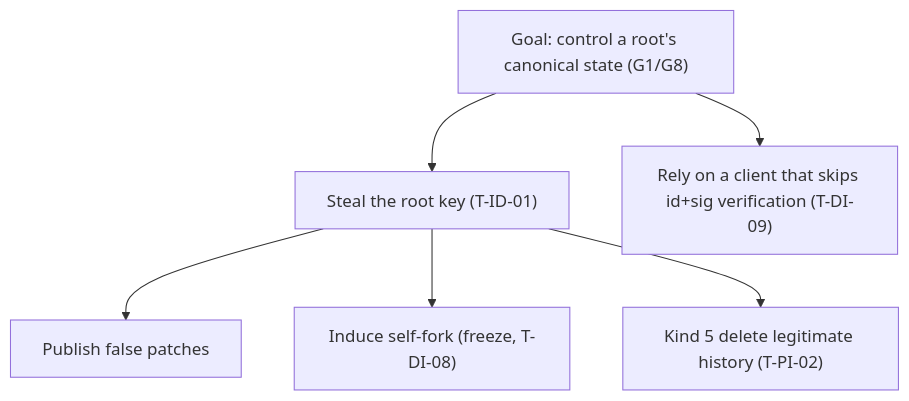
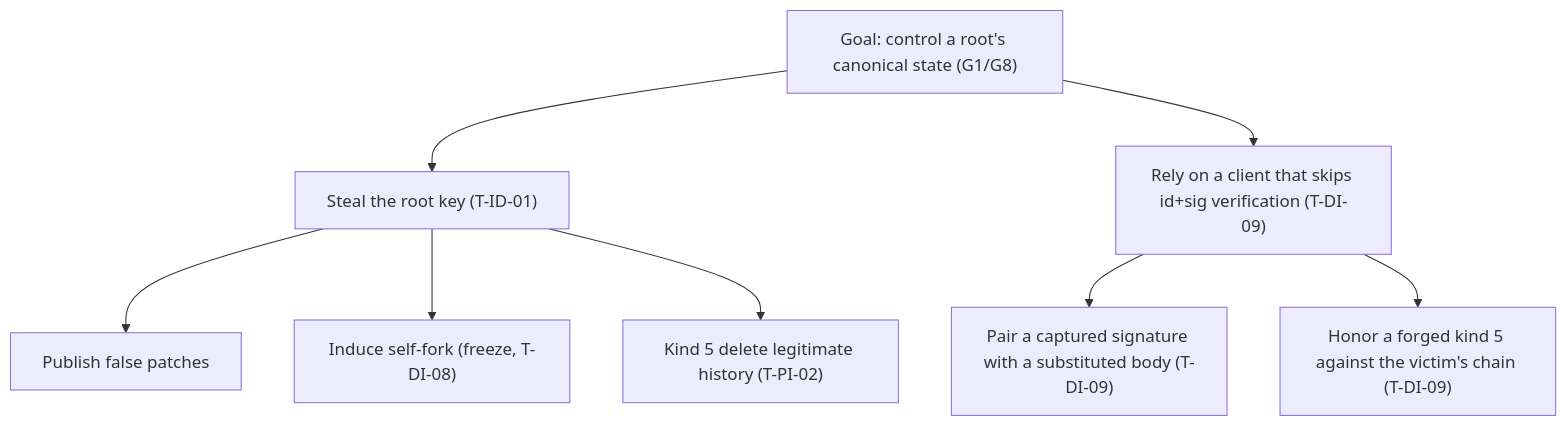
One commit to crocs-muni/scrutiny-fabric changed the second of 3 diagrams in docs/threat-model.md. Above: the diagram before and after it, drawn with Mermaid. The commit also changed other lines of this file, not shown here.

Commit message:
tm: attack-tree 1 gains T-DI-09 forgery methods; Blossom node self-describing
- K5 branch now carries its two named forgery actions (signature/
  body pairing, forged kind-5 honoring) as children
- §1b Blossom host node label names what it is (HTTP blob server)
  so the UI fetch edge reads without prior Nostr knowledge

````diff
--- a/docs/threat-model.md
+++ b/docs/threat-model.md
@@ -461,11 +461,14 @@
 ```mermaid
 graph TD
     K0["Goal: control a root's canonical state (G1/G8)"]
     K1["Steal the root key (T-ID-01)"]
     K2["Publish false patches"]
     K3["Induce self-fork (freeze, T-DI-08)"]
     K4["Kind 5 delete legitimate history (T-PI-02)"]
     K5["Rely on a client that skips id+sig verification (T-DI-09)"]
+    K6["Pair a captured signature with a substituted body (T-DI-09)"]
+    K7["Honor a forged kind 5 against the victim's chain (T-DI-09)"]
     K0 --> K1; K0 --> K5
     K1 --> K2; K1 --> K3; K1 --> K4
+    K5 --> K6; K5 --> K7
 ```
````
